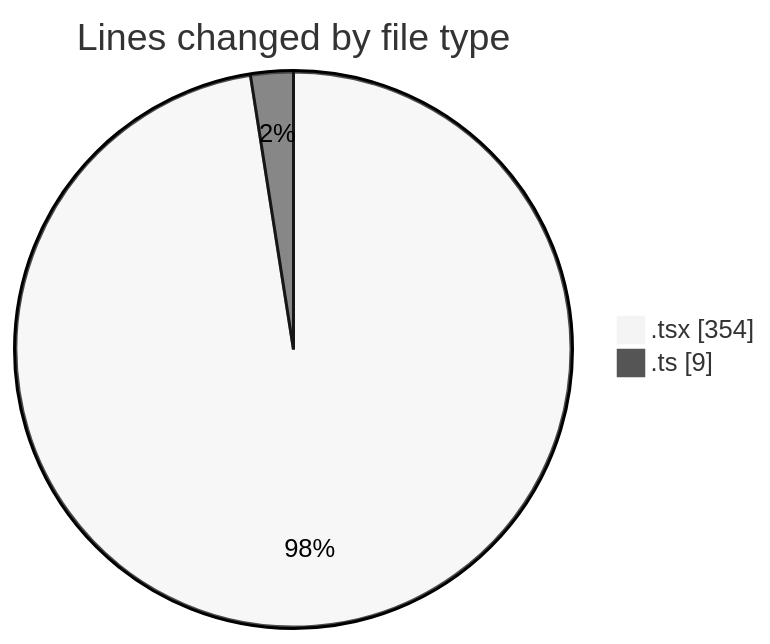
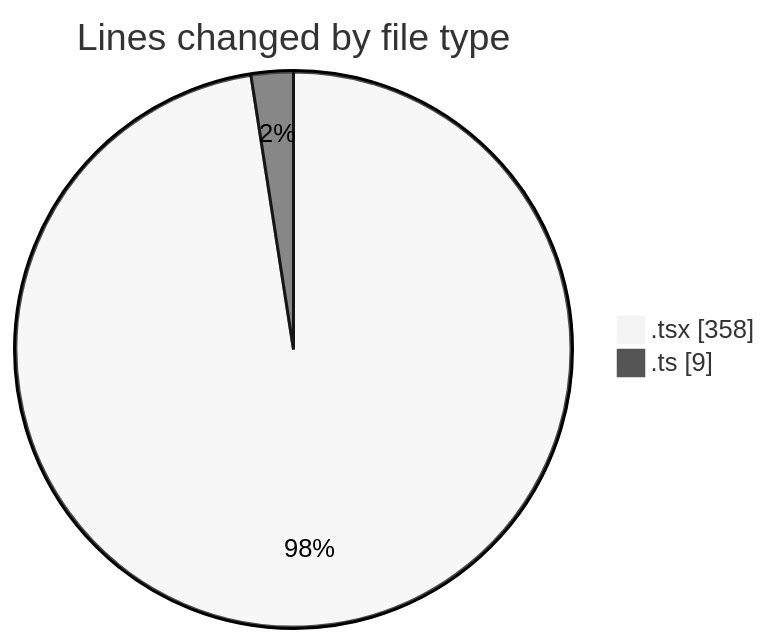
The first of 2 diagrams in 2025-02-19/mbc-web/README.md (robertbonfada/code-tracking), drawn with Mermaid (neutral theme) before and after one commit. The commit also changed other lines of this file and 1 other file, not shown here.

````diff
--- a/2025-02-19/mbc-web/README.md
+++ b/2025-02-19/mbc-web/README.md
@@ -26,6 +26,6 @@
 ```mermaid
 pie showData
 title Lines changed by file type
-".tsx" : 354
+".tsx" : 358
 ".ts" : 9
 ```
````
